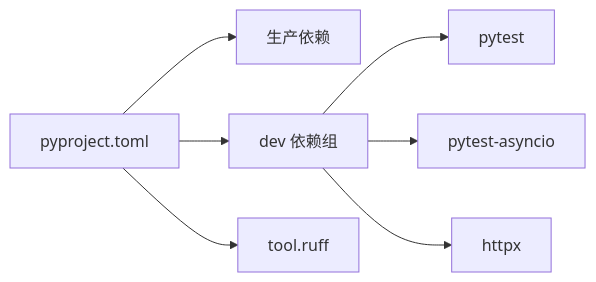
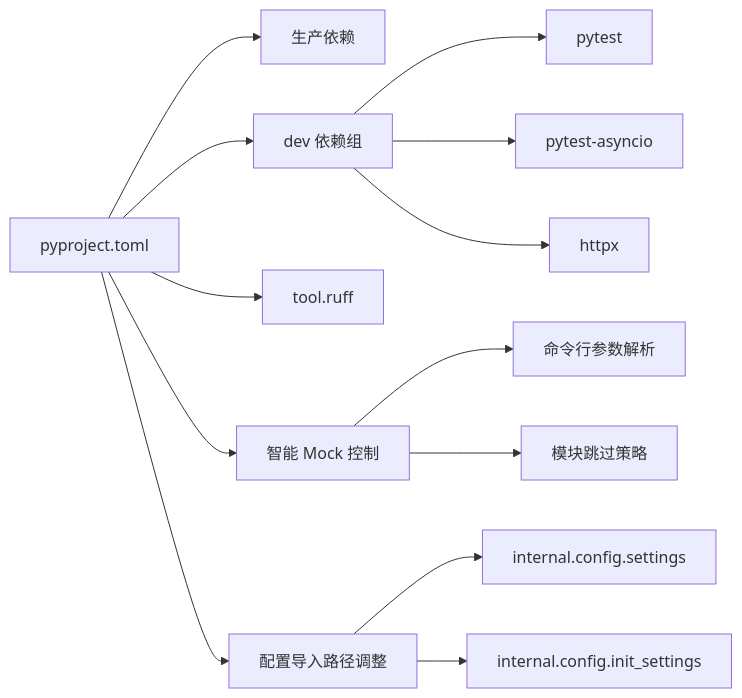
One commit to lilinzezzzzzz/fastapi-backend changed the fourth of 4 diagrams in .qoder/repowiki/zh/content/测试策略/测试配置.md. Above: the diagram before and after it, drawn with Mermaid. The commit also changed other lines of this file and 42 other files, not shown here.

````diff
--- a/.qoder/repowiki/zh/content/测试策略/测试配置.md
+++ b/.qoder/repowiki/zh/content/测试策略/测试配置.md
@@ -257,9 +336,15 @@
 ```mermaid
 graph LR
 A["pyproject.toml"] --> B["生产依赖"]
 A --> C["dev 依赖组"]
 C --> C1["pytest"]
 C --> C2["pytest-asyncio"]
 C --> C3["httpx"]
 A --> D["tool.ruff"]
+A --> E["智能 Mock 控制"]
+E --> E1["命令行参数解析"]
+E --> E2["模块跳过策略"]
+A --> F["配置导入路径调整"]
+F --> F1["internal.config.settings"]
+F --> F2["internal.config.init_settings"]
 ```
````
